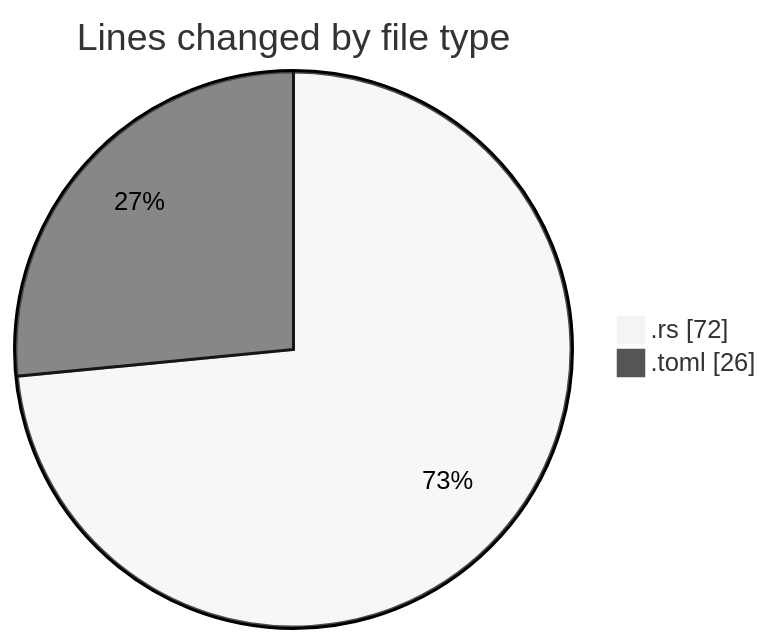
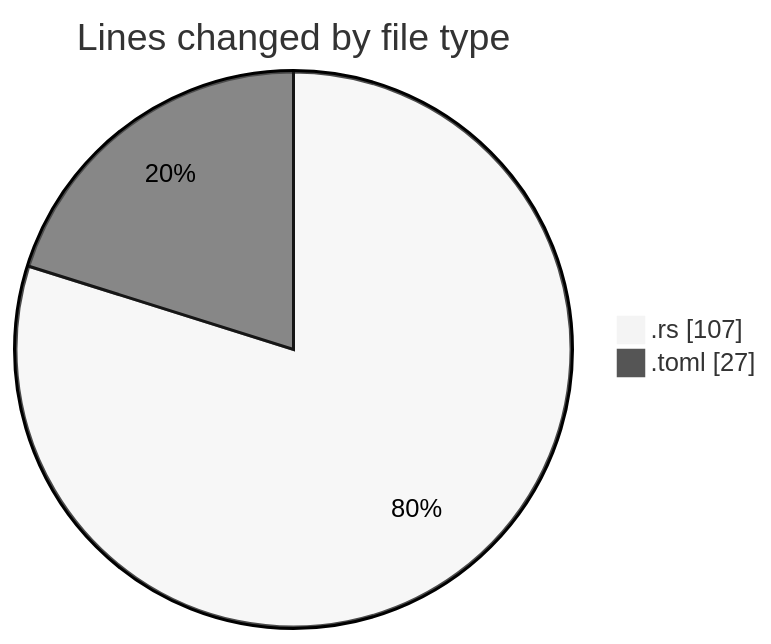
Before and after one commit to Ritupan-Deka/code-tracking: the first of 2 diagrams in 2025-12-27/rust/README.md, drawn with Mermaid (neutral theme). The commit also changed other lines of this file and 1 other file, not shown here.

````diff
--- a/2025-12-27/rust/README.md
+++ b/2025-12-27/rust/README.md
@@ -21,6 +21,6 @@
 ```mermaid
 pie showData
 title Lines changed by file type
-".rs" : 72
-".toml" : 26
+".rs" : 107
+".toml" : 27
 ```
````
